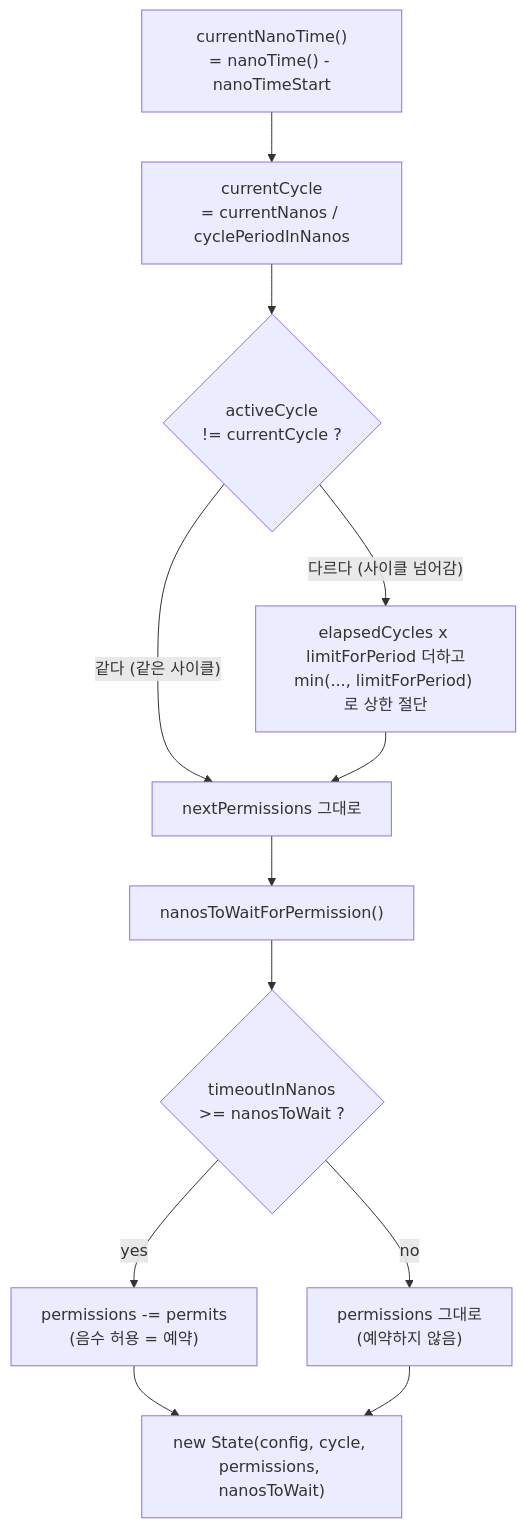
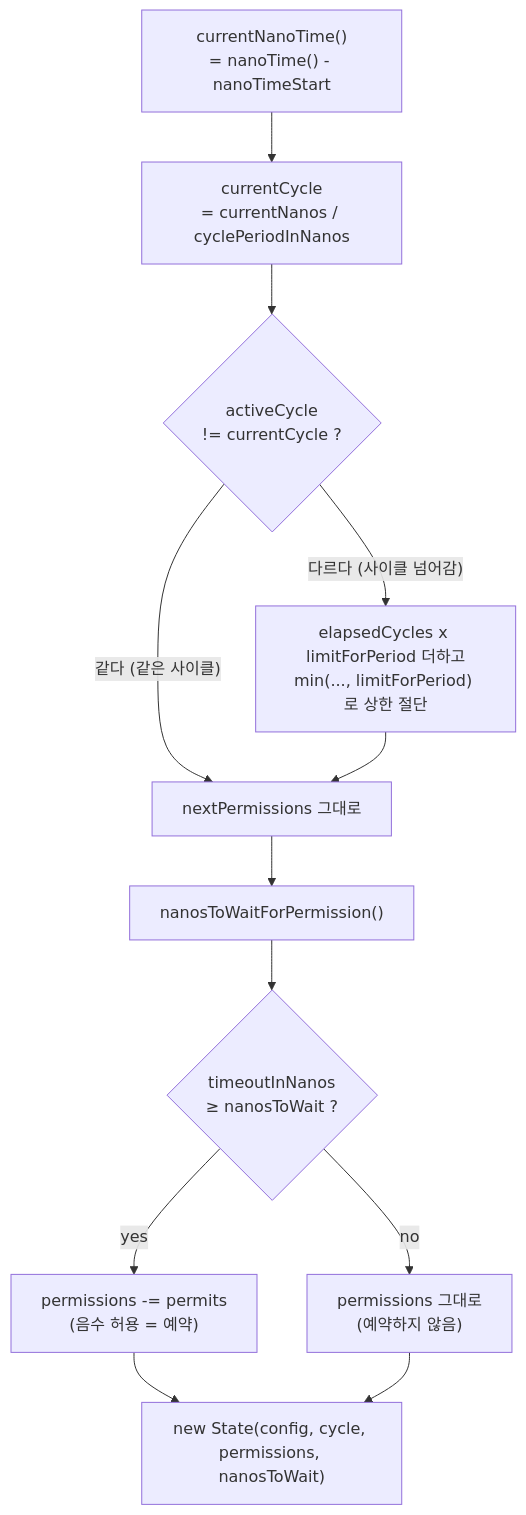
One commit to ktae23/TIL changed the third of 5 diagrams in resilience4j/main/09-ratelimiter-atomic.md. Above: the diagram before and after it, drawn with Mermaid. The commit also changed other lines of this file and 11 other files, not shown here.

````diff
--- a/resilience4j/main/09-ratelimiter-atomic.md
+++ b/resilience4j/main/09-ratelimiter-atomic.md
@@ -117,14 +171,14 @@
 ```mermaid
 flowchart TB
     A["currentNanoTime()<br/>= nanoTime() - nanoTimeStart"] --> B["currentCycle<br/>= currentNanos / cyclePeriodInNanos"]
     B --> C{"activeCycle<br/>!= currentCycle ?"}
     C -->|"같다 (같은 사이클)"| E["nextPermissions 그대로"]
     C -->|"다르다 (사이클 넘어감)"| D["elapsedCycles x limitForPeriod 더하고<br/>min(..., limitForPeriod) 로 상한 절단"]
     D --> E
     E --> F["nanosToWaitForPermission()"]
-    F --> G{"timeoutInNanos<br/>&gt;= nanosToWait ?"}
+    F --> G{"timeoutInNanos<br/>≥ nanosToWait ?"}
     G -->|yes| H["permissions -= permits<br/>(음수 허용 = 예약)"]
     G -->|no| I["permissions 그대로<br/>(예약하지 않음)"]
     H --> J["new State(config, cycle, permissions, nanosToWait)"]
     I --> J
 ```
````
